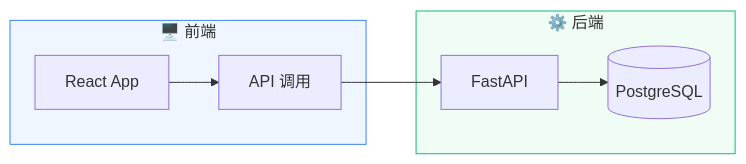
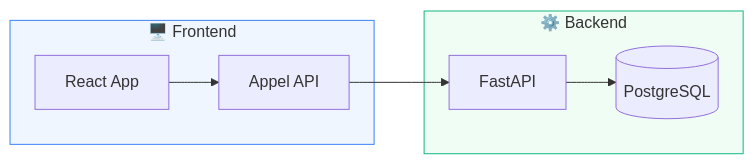
Before and after one commit to bigleon2/KNOWLEDGE: the second of 15 diagrams in skills/PM skills/charts/references/mermaid.md, drawn with Mermaid. The commit also changed other lines of this file and 35 other files, not shown here.

````diff
--- a/skills/PM skills/charts/references/mermaid.md
+++ b/skills/PM skills/charts/references/mermaid.md
@@ -277,13 +277,13 @@
 ```mermaid
 flowchart LR
-    subgraph 前端["🖥️ 前端"]
-        A[React App] --> B[API 调用]
+    subgraph Frontend["🖥️ Frontend"]
+        A[React App] --> B[Appel API]
     end
-    subgraph 后端["⚙️ 后端"]
+    subgraph Backend["⚙️ Backend"]
         C[FastAPI] --> D[(PostgreSQL)]
     end
     B --> C
 
-    style 前端 fill:#EFF6FF,stroke:#3B82F6,stroke-width:1px
-    style 后端 fill:#F0FDF4,stroke:#10B981,stroke-width:1px
+    style Frontend fill:#EFF6FF,stroke:#3B82F6,stroke-width:1px
+    style Backend fill:#F0FDF4,stroke:#10B981,stroke-width:1px
 ```
````
